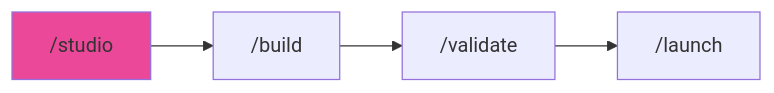
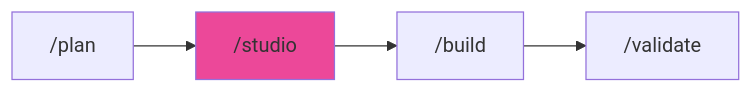
Before and after one commit to pikakit/agent-skills: the diagram in .agent/workflows/studio.md, drawn with Mermaid. The commit also changed other lines of this file and 272 other files, not shown here.

````diff
--- a/.agent/workflows/studio.md
+++ b/.agent/workflows/studio.md
@@ -346,7 +223,7 @@
 ```mermaid
 graph LR
-    A["/studio"] --> B["/build"]
-    B --> C["/validate"]
-    C --> D["/launch"]
-    style A fill:#ec4899
+    A["/plan"] --> B["/studio"]
+    B --> C["/build"]
+    C --> D["/validate"]
+    style B fill:#ec4899
 ```
````
